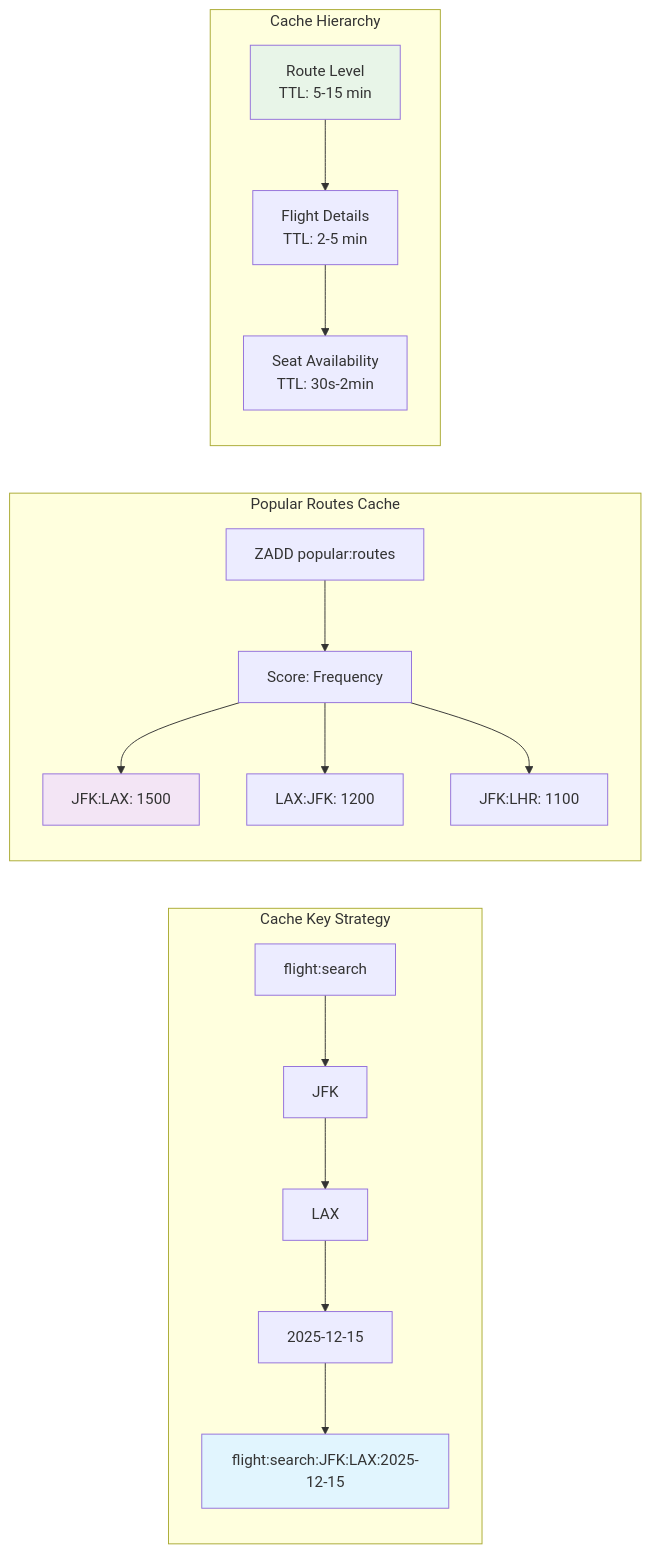
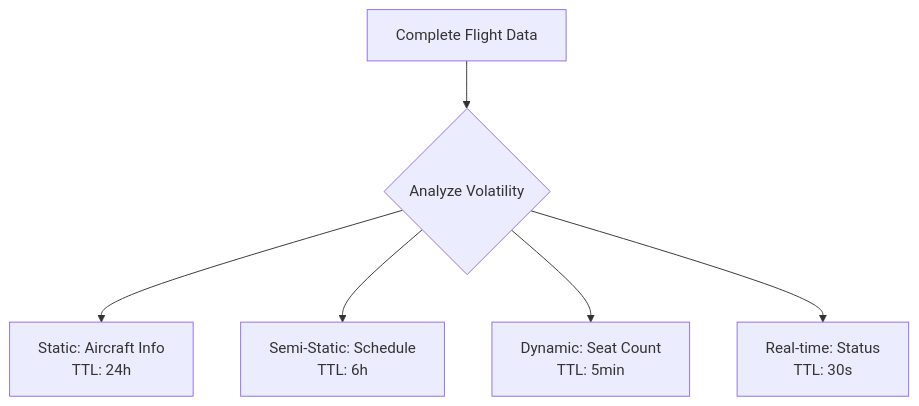
The fourth of 5 diagrams in workshop/docs/README.md (rlunar/valkey-workshops), drawn with Mermaid before and after one commit. The commit also changed other lines of this file and 11 other files, not shown here.

````diff
--- a/workshop/docs/README.md
+++ b/workshop/docs/README.md
@@ -641,25 +151,8 @@
 ```mermaid
-graph LR
-    subgraph "Cache Key Strategy"
-        A[flight:search] --> B[JFK]
-        B --> C[LAX]
-        C --> D[2025-12-15]
-        D --> E[flight:search:JFK:LAX:2025-12-15]
-    end
-    
-    subgraph "Popular Routes Cache"
-        F[ZADD popular:routes] --> G[Score: Frequency]
-        G --> H[JFK:LAX: 1500]
-        G --> I[LAX:JFK: 1200]
-        G --> J[JFK:LHR: 1100]
-    end
-    
-    subgraph "Cache Hierarchy"
-        K[Route Level<br/>TTL: 5-15 min] --> L[Flight Details<br/>TTL: 2-5 min]
-        L --> M[Seat Availability<br/>TTL: 30s-2min]
-    end
-    
-    style E fill:#e1f5fe
-    style H fill:#f3e5f5
-    style K fill:#e8f5e8
+graph TB
+    A[Complete Flight Data] --> B{Analyze Volatility}
+    B --> C[Static: Aircraft Info<br/>TTL: 24h]
+    B --> D[Semi-Static: Schedule<br/>TTL: 6h]  
+    B --> E[Dynamic: Seat Count<br/>TTL: 5min]
+    B --> F[Real-time: Status<br/>TTL: 30s]
 ```
````
